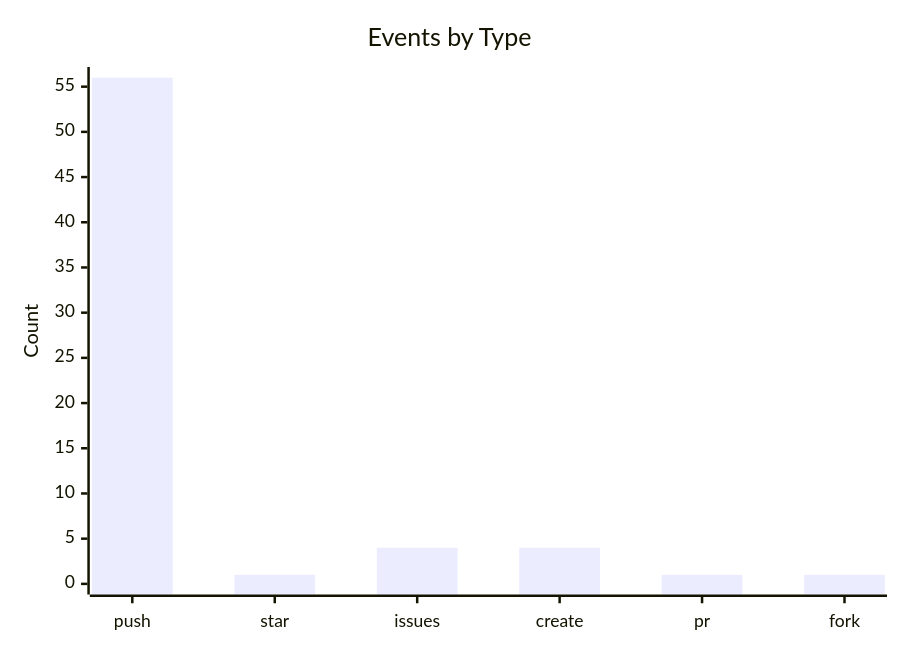
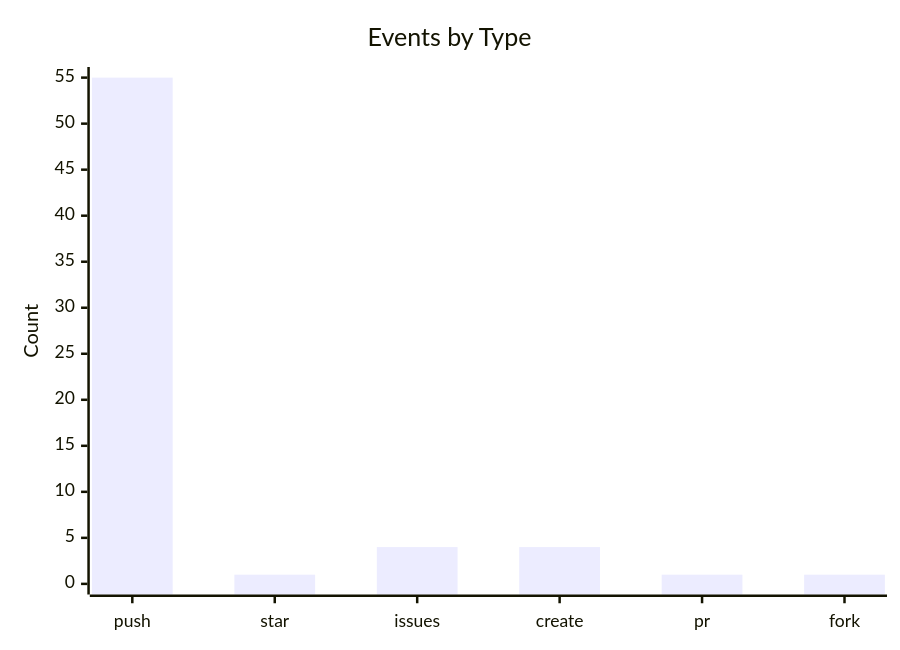
One commit to lunarshe11/lunarshe11 changed the third of 3 diagrams in README.md. Above: the diagram before and after it, drawn with Mermaid. The commit also changed other lines of this file, not shown here.

````diff
--- a/README.md
+++ b/README.md
@@ -39,7 +39,7 @@
 ```mermaid
 xychart-beta
     title "Events by Type"
     x-axis ["push", "star", "issues", "create", "pr", "fork"]
-    y-axis "Count" 0 --> 56
-    bar [56, 1, 4, 4, 1, 1]
+    y-axis "Count" 0 --> 55
+    bar [55, 1, 4, 4, 1, 1]
 ```
````
